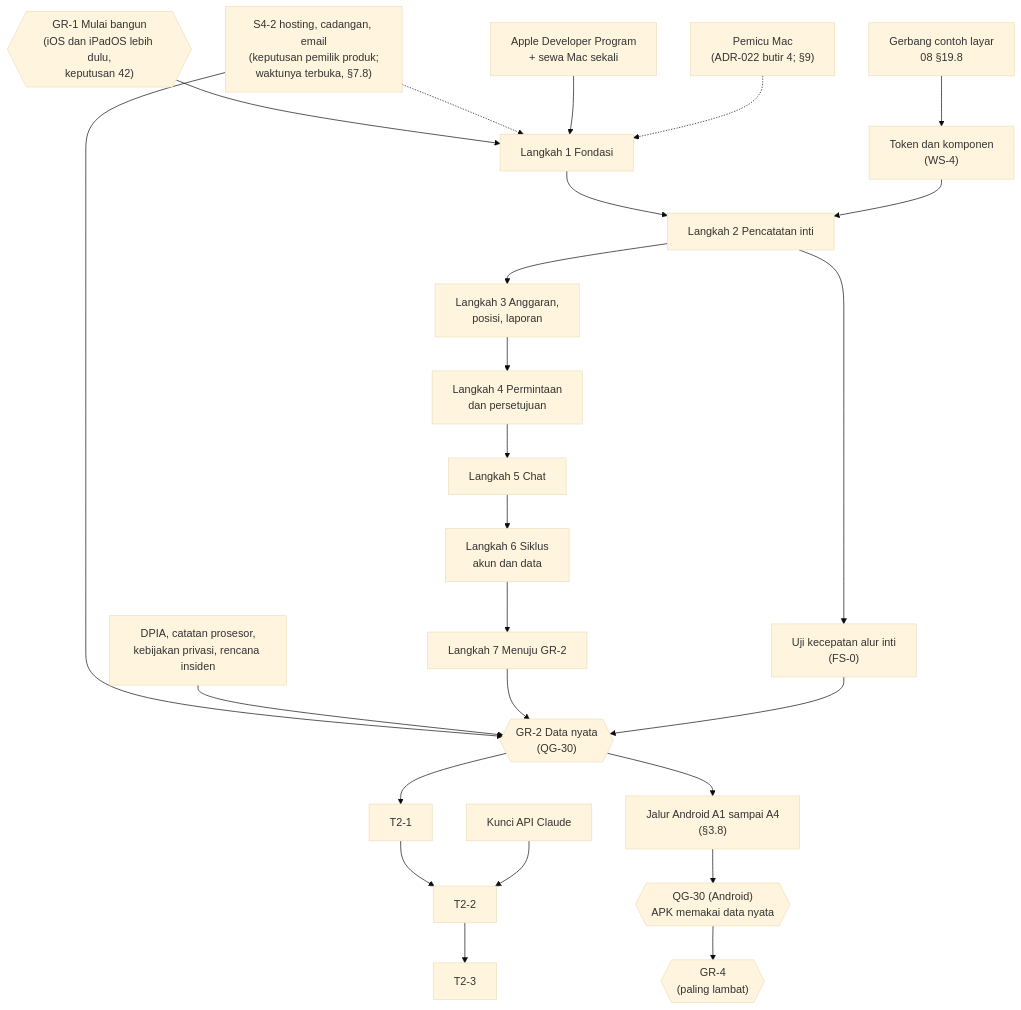
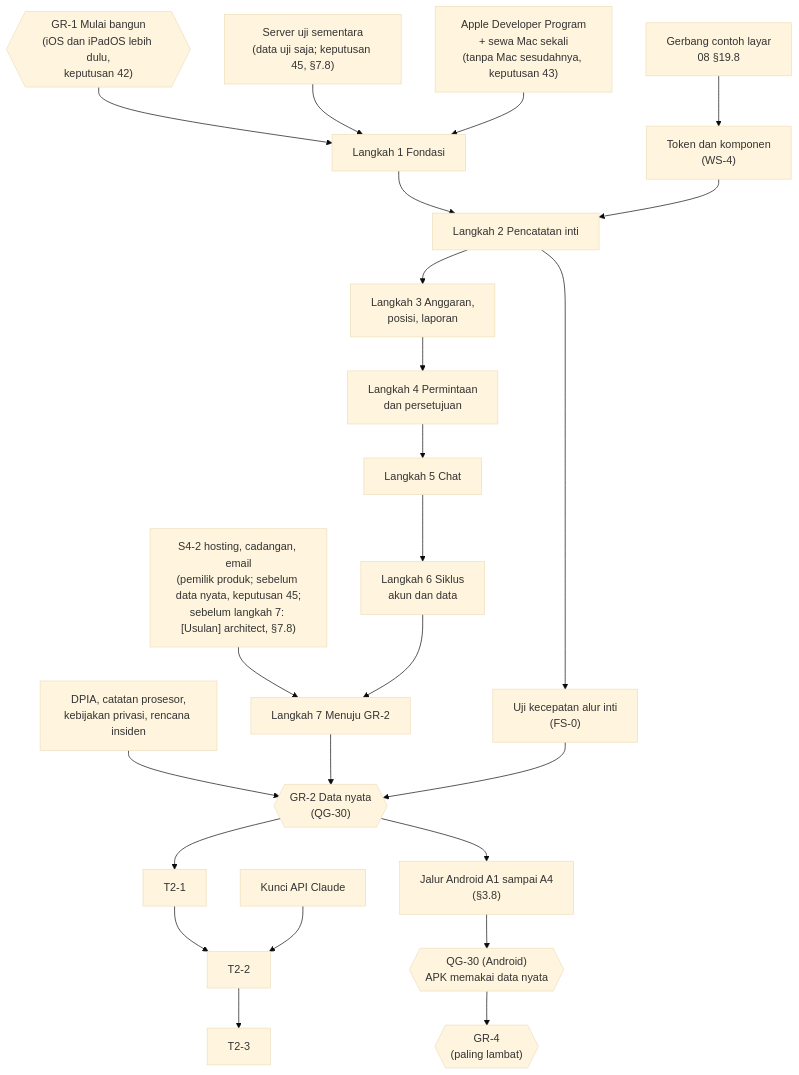
The diagram in docs/14-engineering-roadmap.md (abiyanzimran/casa), drawn with Mermaid (base theme) before and after one commit. The commit also changed other lines of this file and 25 other files, not shown here.

````diff
--- a/docs/14-engineering-roadmap.md
+++ b/docs/14-engineering-roadmap.md
@@ -185,25 +185,24 @@
 ```mermaid
 flowchart TB
     GR1{{"GR-1 Mulai bangun<br/>(iOS dan iPadOS lebih dulu,<br/>keputusan 42)"}} --> L1["Langkah 1 Fondasi"]
-    S42["S4-2 hosting, cadangan, email<br/>(keputusan pemilik produk;<br/>waktunya terbuka, §7.8)"] -.-> L1
-    S42 --> GR2
-    APL["Apple Developer Program<br/>+ sewa Mac sekali"] --> L1
+    TMP["Server uji sementara<br/>(data uji saja; keputusan 45, §7.8)"] --> L1
+    S42["S4-2 hosting, cadangan, email<br/>(pemilik produk; sebelum data nyata, keputusan 45;<br/>sebelum langkah 7: [Usulan] architect, §7.8)"] --> L7
+    APL["Apple Developer Program<br/>+ sewa Mac sekali<br/>(tanpa Mac sesudahnya, keputusan 43)"] --> L1
     GATE["Gerbang contoh layar<br/>08 §19.8"] --> TOK["Token dan komponen<br/>(WS-4)"]
     L1 --> L2["Langkah 2 Pencatatan inti"]
     TOK --> L2
     L2 --> FS0["Uji kecepatan alur inti<br/>(FS-0)"]
     L2 --> L3["Langkah 3 Anggaran,<br/>posisi, laporan"]
     L3 --> L4["Langkah 4 Permintaan<br/>dan persetujuan"]
     L4 --> L5["Langkah 5 Chat"]
     L5 --> L6["Langkah 6 Siklus<br/>akun dan data"]
     L6 --> L7["Langkah 7 Menuju GR-2"]
-    MAC["Pemicu Mac<br/>(ADR-022 butir 4; §9)"] -.-> L1
     DOC["DPIA, catatan prosesor,<br/>kebijakan privasi, rencana insiden"] --> GR2
     L7 --> GR2{{"GR-2 Data nyata<br/>(QG-30)"}}
     FS0 --> GR2
     GR2 --> W1["T2-1"] --> W2["T2-2"] --> W3["T2-3"]
     KEY["Kunci API Claude"] --> W2
     GR2 --> AND["Jalur Android A1 sampai A4<br/>(§3.8)"]
     AND --> QGA{{"QG-30 (Android)<br/>APK memakai data nyata"}}
     QGA --> GR4{{"GR-4<br/>(paling lambat)"}}
 ```
````
